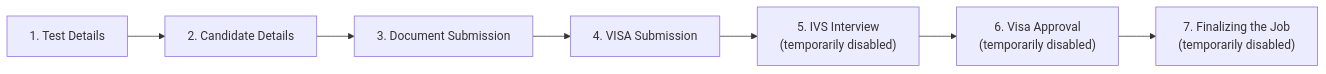
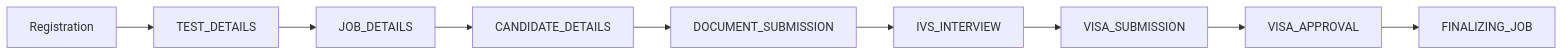
One commit to emlynk-pixel/EmlynkWABot changed the first of 4 diagrams in README.md. Above: the diagram before and after it, drawn with Mermaid. The commit also changed other lines of this file, not shown here.

````diff
--- a/README.md
+++ b/README.md
@@ -395,9 +85,11 @@
 ```mermaid
 flowchart LR
-    S1["1. Test Details"] --> S2["2. Candidate Details"]
-    S2 --> S3["3. Document Submission"]
-    S3 --> S4["4. VISA Submission"]
-    S4 --> S5["5. IVS Interview<br/>(temporarily disabled)"]
-    S5 --> S6["6. Visa Approval<br/>(temporarily disabled)"]
-    S6 --> S7["7. Finalizing the Job<br/>(temporarily disabled)"]
+    R["Registration"] --> S1["TEST_DETAILS"]
+    S1 --> S2["JOB_DETAILS"]
+    S2 --> S3["CANDIDATE_DETAILS"]
+    S3 --> S4["DOCUMENT_SUBMISSION"]
+    S4 --> S5["IVS_INTERVIEW"]
+    S5 --> S6["VISA_SUBMISSION"]
+    S6 --> S7["VISA_APPROVAL"]
+    S7 --> S8["FINALIZING_JOB"]
 ```
````
